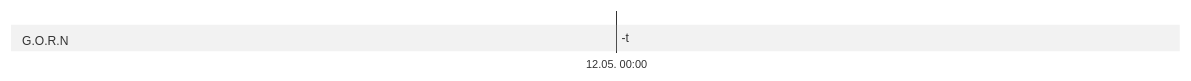
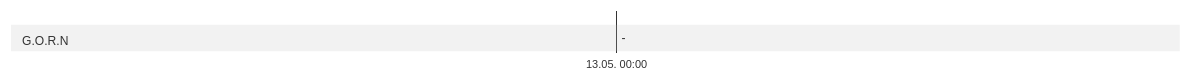
Diagram 22 of 29 in Kampagne/Timeline Kampagne 2.md (LorenJaffrey/DnD_PFT), drawn with Mermaid (neutral theme) before and after one commit. The commit also changed other lines of this file and 3 other files, not shown here.

Commit message:
Timeline gepflegt

````diff
--- a/Kampagne/Timeline Kampagne 2.md
+++ b/Kampagne/Timeline Kampagne 2.md
@@ -340,9 +382,10 @@
 ```mermaid
 gantt
 	dateFormat HH:mm
 	axisFormat %e.%m. %H:%M
 	tickinterval 1hour
 	weekday monday
 	section G.O.R.N
-		-t: a1, 2024-05-12 00:00, 
+		-: a1, 2024-05-13 00:00, 0h
+		
 ```
````
